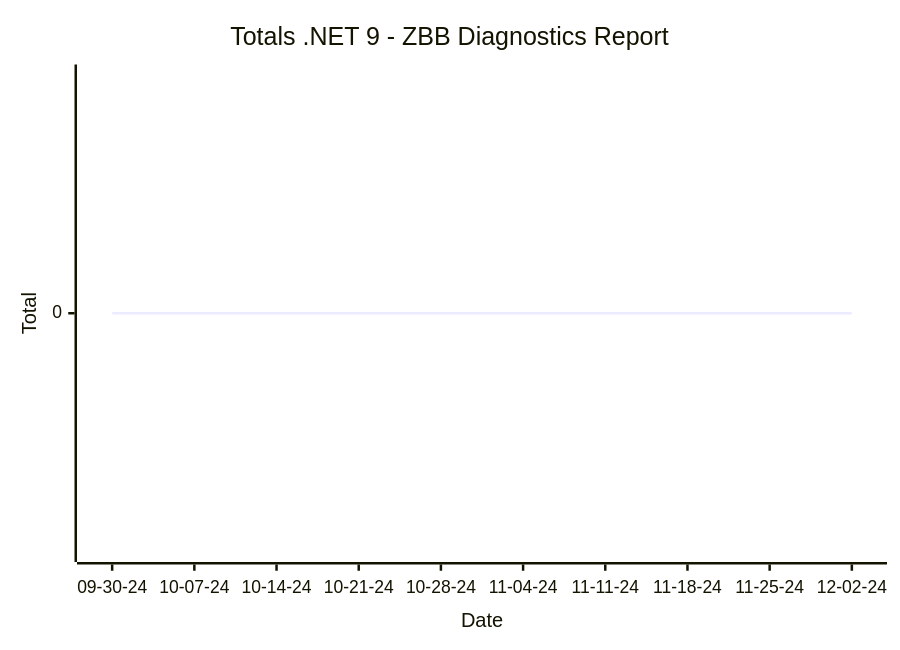
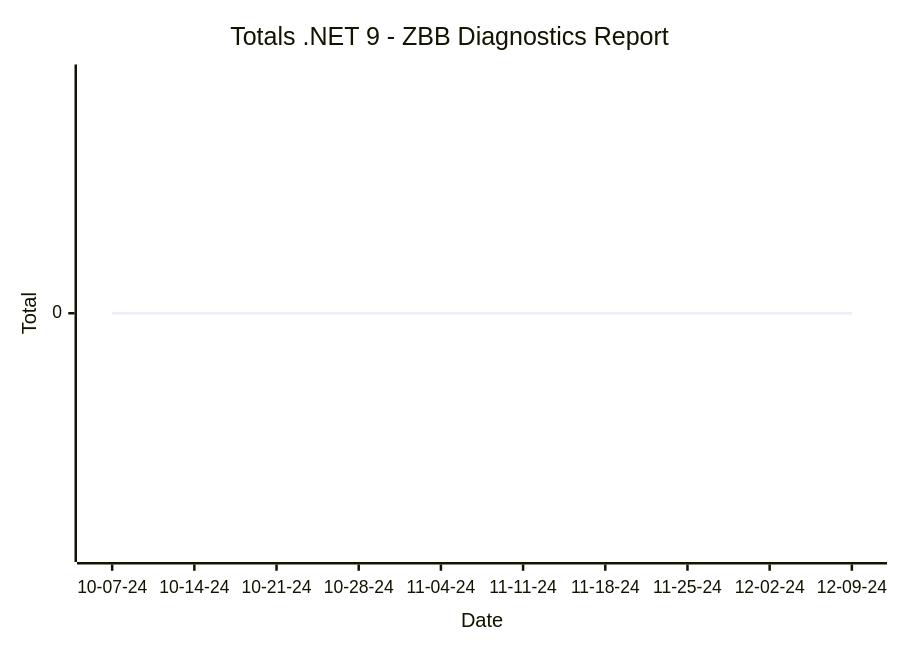
The second of 2 diagrams in reports/README.md (hoyosjs/gh-issue-tracker), drawn with Mermaid before and after one commit. The commit also changed other lines of this file and 4 other files, not shown here.

````diff
--- a/reports/README.md
+++ b/reports/README.md
@@ -24,7 +24,7 @@
 ```mermaid
 xychart-beta
   title "Totals .NET 9 - ZBB Diagnostics Report"
-  x-axis "Date" ["09-30-24", "10-07-24", "10-14-24", "10-21-24", "10-28-24", "11-04-24", "11-11-24", "11-18-24", "11-25-24", "12-02-24"]
+  x-axis "Date" ["10-07-24", "10-14-24", "10-21-24", "10-28-24", "11-04-24", "11-11-24", "11-18-24", "11-25-24", "12-02-24", "12-09-24"]
   y-axis "Total"
   line [0, 0, 0, 0, 0, 0, 0, 0, 0, 0]
 ```
````
